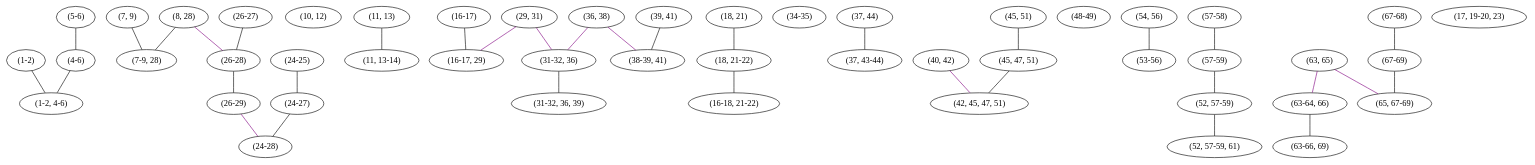
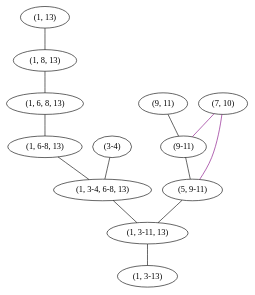
Before and after one commit to mandosoft/kmodes: the diagram in src/test.dot, drawn with Graphviz. The commit also changed 13 other files, not shown here.

```diff
--- a/src/test.dot
+++ b/src/test.dot
@@ -1,132 +1,38 @@
 strict graph "" {
-	"(1-2)"	 [parent=True,
+	"(1, 13)"	 [parent=True,
 		split=False];
-	"(1-2, 4-6)"	 [parent=False,
+	"(1, 8, 13)"	 [parent=True,
 		split=False];
-	"(1-2)" -- "(1-2, 4-6)"	 [color=r];
-	"(5-6)"	 [parent=True,
+	"(1, 13)" -- "(1, 8, 13)"	 [color=r];
+	"(3-4)"	 [parent=True,
 		split=False];
-	"(4-6)"	 [parent=True,
+	"(1, 3-4, 6-8, 13)"	 [parent=True,
 		split=False];
-	"(5-6)" -- "(4-6)"	 [color=r];
-	"(7, 9)"	 [parent=True,
+	"(3-4)" -- "(1, 3-4, 6-8, 13)"	 [color=r];
+	"(7, 10)"	 [parent=True,
+		split=True];
+	"(9-11)"	 [parent=True,
 		split=False];
-	"(7-9, 28)"	 [parent=False,
+	"(7, 10)" -- "(9-11)"	 [color=purple];
+	"(5, 9-11)"	 [parent=True,
 		split=False];
-	"(7, 9)" -- "(7-9, 28)"	 [color=r];
-	"(8, 28)"	 [parent=True,
-		split=True];
-	"(26-28)"	 [parent=True,
+	"(7, 10)" -- "(5, 9-11)"	 [color=purple];
+	"(9, 11)"	 [parent=True,
 		split=False];
-	"(8, 28)" -- "(26-28)"	 [color=purple];
-	"(8, 28)" -- "(7-9, 28)"	 [color=r];
-	"(10, 12)"	 [parent=False,
+	"(9, 11)" -- "(9-11)"	 [color=r];
+	"(1, 6, 8, 13)"	 [parent=True,
 		split=False];
-	"(11, 13)"	 [parent=True,
+	"(1, 8, 13)" -- "(1, 6, 8, 13)"	 [color=r];
+	"(9-11)" -- "(5, 9-11)"	 [color=r];
+	"(1, 6-8, 13)"	 [parent=True,
 		split=False];
-	"(11, 13-14)"	 [parent=False,
+	"(1, 6, 8, 13)" -- "(1, 6-8, 13)"	 [color=r];
+	"(1, 3-11, 13)"	 [parent=True,
 		split=False];
-	"(11, 13)" -- "(11, 13-14)"	 [color=r];
-	"(16-17)"	 [parent=True,
+	"(5, 9-11)" -- "(1, 3-11, 13)"	 [color=r];
+	"(1, 6-8, 13)" -- "(1, 3-4, 6-8, 13)"	 [color=r];
+	"(1, 3-4, 6-8, 13)" -- "(1, 3-11, 13)"	 [color=r];
+	"(1, 3-13)"	 [parent=False,
 		split=False];
-	"(16-17, 29)"	 [parent=False,
-		split=False];
-	"(16-17)" -- "(16-17, 29)"	 [color=r];
-	"(18, 21)"	 [parent=True,
-		split=False];
-	"(18, 21-22)"	 [parent=True,
-		split=False];
-	"(18, 21)" -- "(18, 21-22)"	 [color=r];
-	"(24-25)"	 [parent=True,
-		split=False];
-	"(24-27)"	 [parent=True,
-		split=False];
-	"(24-25)" -- "(24-27)"	 [color=r];
-	"(26-27)"	 [parent=True,
-		split=False];
-	"(26-27)" -- "(26-28)"	 [color=r];
-	"(29, 31)"	 [parent=True,
-		split=True];
-	"(29, 31)" -- "(16-17, 29)"	 [color=purple];
-	"(31-32, 36)"	 [parent=True,
-		split=False];
-	"(29, 31)" -- "(31-32, 36)"	 [color=purple];
-	"(34-35)"	 [parent=False,
-		split=False];
-	"(36, 38)"	 [parent=True,
-		split=True];
-	"(36, 38)" -- "(31-32, 36)"	 [color=purple];
-	"(38-39, 41)"	 [parent=False,
-		split=False];
-	"(36, 38)" -- "(38-39, 41)"	 [color=purple];
-	"(37, 44)"	 [parent=True,
-		split=False];
-	"(37, 43-44)"	 [parent=False,
-		split=False];
-	"(37, 44)" -- "(37, 43-44)"	 [color=r];
-	"(39, 41)"	 [parent=True,
-		split=False];
-	"(39, 41)" -- "(38-39, 41)"	 [color=r];
-	"(40, 42)"	 [parent=False,
-		split=True];
-	"(42, 45, 47, 51)"	 [parent=False,
-		split=False];
-	"(40, 42)" -- "(42, 45, 47, 51)"	 [color=purple];
-	"(45, 51)"	 [parent=True,
-		split=False];
-	"(45, 47, 51)"	 [parent=True,
-		split=False];
-	"(45, 51)" -- "(45, 47, 51)"	 [color=r];
-	"(48-49)"	 [parent=False,
-		split=False];
-	"(54, 56)"	 [parent=True,
-		split=False];
-	"(53-56)"	 [parent=False,
-		split=False];
-	"(54, 56)" -- "(53-56)"	 [color=r];
-	"(57-58)"	 [parent=True,
-		split=False];
-	"(57-59)"	 [parent=True,
-		split=False];
-	"(57-58)" -- "(57-59)"	 [color=r];
-	"(63, 65)"	 [parent=True,
-		split=True];
-	"(63-64, 66)"	 [parent=True,
-		split=False];
-	"(63, 65)" -- "(63-64, 66)"	 [color=purple];
-	"(65, 67-69)"	 [parent=False,
-		split=False];
-	"(63, 65)" -- "(65, 67-69)"	 [color=purple];
-	"(67-68)"	 [parent=True,
-		split=False];
-	"(67-69)"	 [parent=True,
-		split=False];
-	"(67-68)" -- "(67-69)"	 [color=r];
-	"(4-6)" -- "(1-2, 4-6)"	 [color=r];
-	"(16-18, 21-22)"	 [parent=False,
-		split=False];
-	"(18, 21-22)" -- "(16-18, 21-22)"	 [color=r];
-	"(26-29)"	 [parent=True,
-		split=True];
-	"(26-28)" -- "(26-29)"	 [color=r];
-	"(31-32, 36, 39)"	 [parent=False,
-		split=False];
-	"(31-32, 36)" -- "(31-32, 36, 39)"	 [color=r];
-	"(45, 47, 51)" -- "(42, 45, 47, 51)"	 [color=r];
-	"(52, 57-59)"	 [parent=True,
-		split=False];
-	"(57-59)" -- "(52, 57-59)"	 [color=r];
-	"(63-66, 69)"	 [parent=False,
-		split=False];
-	"(63-64, 66)" -- "(63-66, 69)"	 [color=r];
-	"(67-69)" -- "(65, 67-69)"	 [color=r];
-	"(17, 19-20, 23)"	 [parent=False,
-		split=False];
-	"(24-28)"	 [parent=False,
-		split=False];
-	"(24-27)" -- "(24-28)"	 [color=r];
-	"(26-29)" -- "(24-28)"	 [color=purple];
-	"(52, 57-59, 61)"	 [parent=False,
-		split=False];
-	"(52, 57-59)" -- "(52, 57-59, 61)"	 [color=r];
+	"(1, 3-11, 13)" -- "(1, 3-13)"	 [color=r];
 }
```
